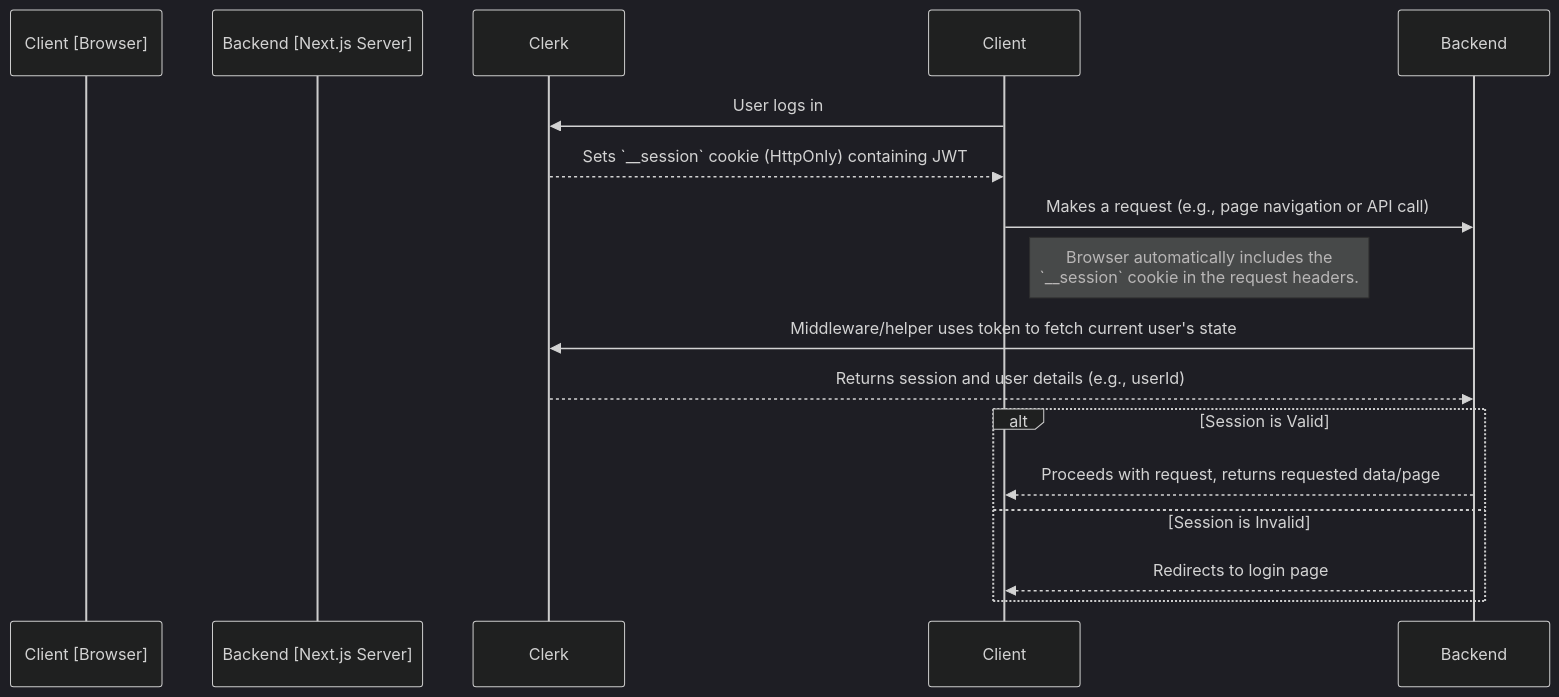
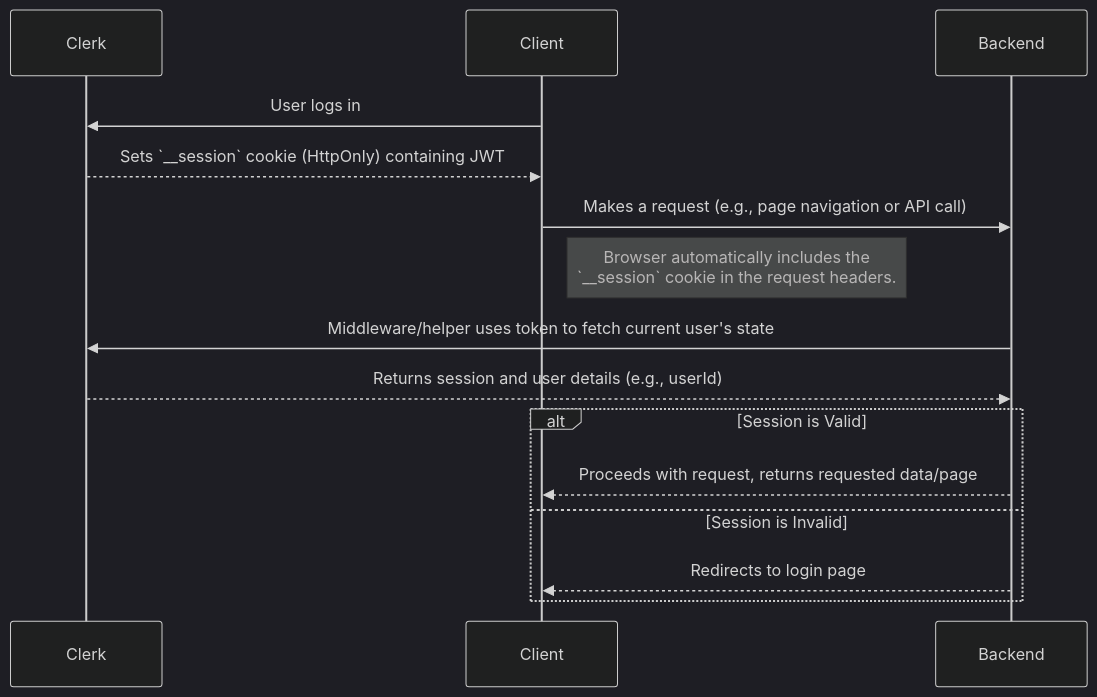
Before and after one commit to UE5DefaultDev/sharehive: the second of 4 diagrams in docs/auth.md, drawn with Mermaid (dark theme). The commit also changed other lines of this file and 4 other files, not shown here.

````diff
--- a/docs/auth.md
+++ b/docs/auth.md
@@ -54,21 +54,20 @@
 ```mermaid
 sequenceDiagram
-    participant Client [Browser]
-    participant Backend [Next.js Server]
+
     participant Clerk
 
     Client->>Clerk: User logs in
     Clerk-->>Client: Sets `__session` cookie (HttpOnly) containing JWT
 
     Client->>Backend: Makes a request (e.g., page navigation or API call)
     note right of Client: Browser automatically includes the<br/>`__session` cookie in the request headers.
 
     Backend->>Clerk: Middleware/helper uses token to fetch current user's state
     Clerk-->>Backend: Returns session and user details (e.g., userId)
 
     alt Session is Valid
         Backend-->>Client: Proceeds with request, returns requested data/page
     else Session is Invalid
         Backend-->>Client: Redirects to login page
     end
 ```
````
